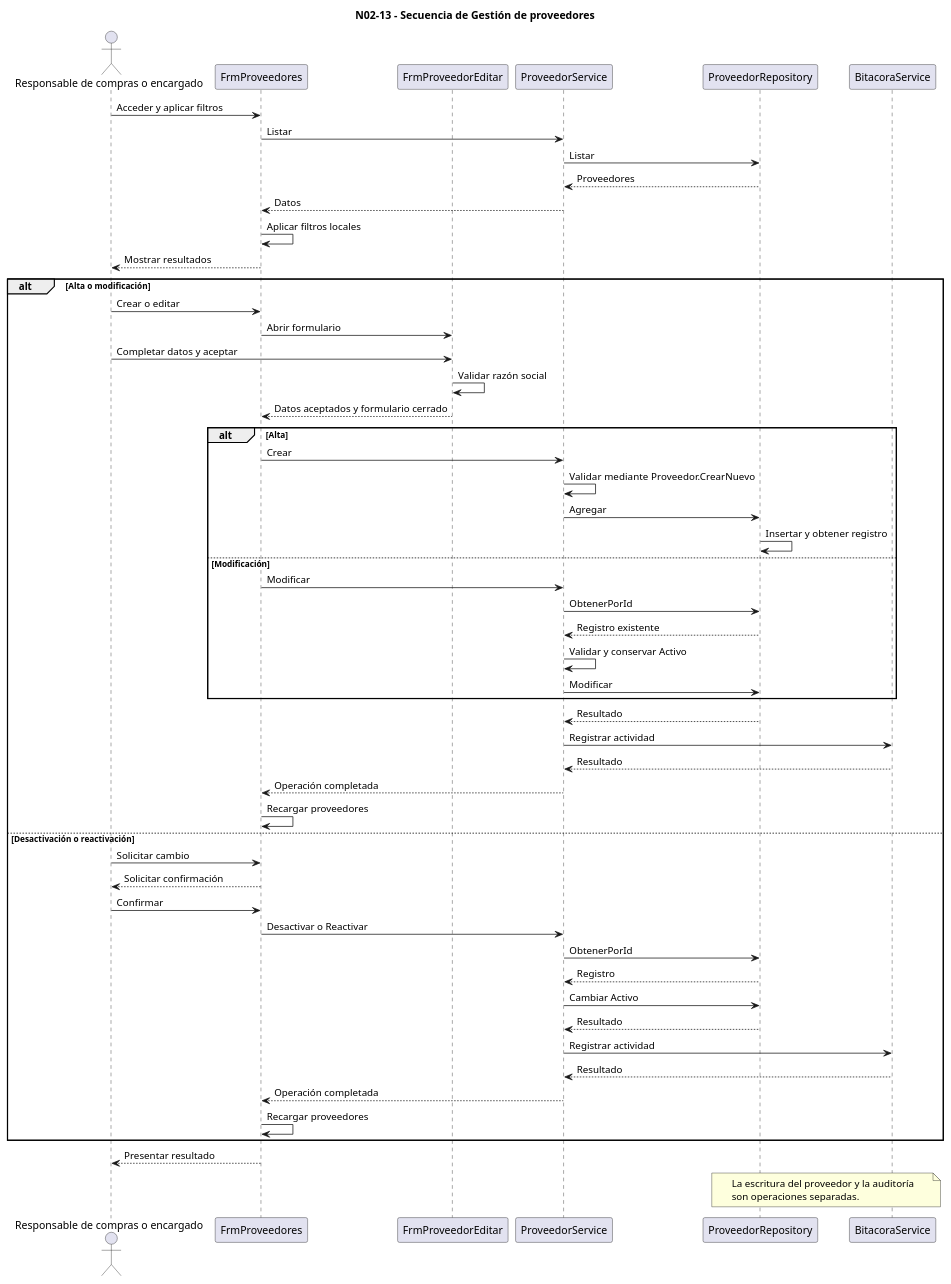
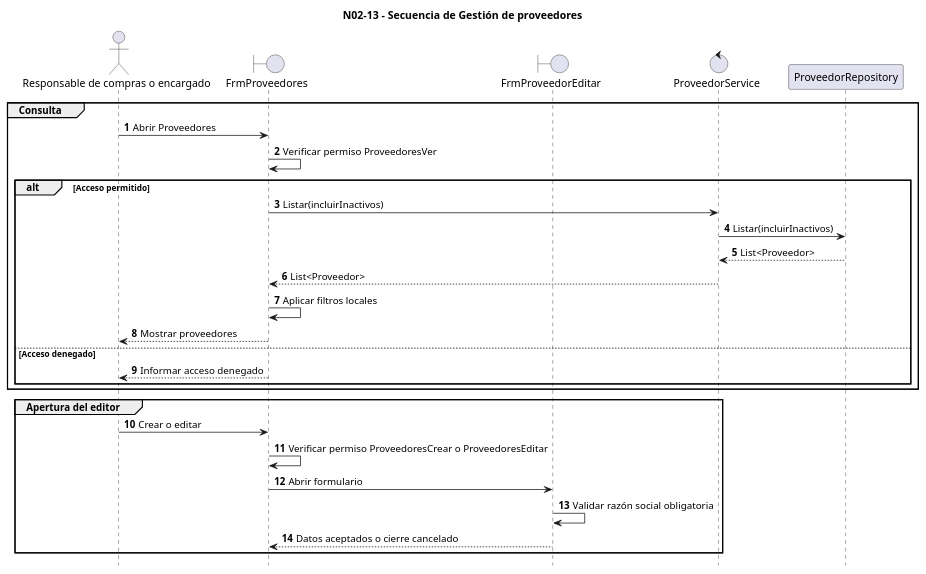
The diagram in diagrams/N/N13-gestionar-proveedores/N02-secuencia.puml (alejoDiDiego/trabajo-diploma-servicio-tecnico), drawn with PlantUML before and after one commit. The commit also changed 156 other files, not shown here.

Commit message:
feat: completar tercera entrega con backups, ayuda y diagramas

```diff
--- a/diagrams/N/N13-gestionar-proveedores/N02-secuencia.puml
+++ b/diagrams/N/N13-gestionar-proveedores/N02-secuencia.puml
@@ -1,67 +1,31 @@
 @startuml
 title N02-13 - Secuencia de Gestión de proveedores
-
+autonumber
+hide footbox
 actor "Responsable de compras o encargado" as Operador
-participant FrmProveedores as Lista
-participant FrmProveedorEditar as Editor
-participant ProveedorService as Servicio
-participant ProveedorRepository as Proveedores
-participant BitacoraService as Auditoria
-
-Operador -> Lista : Acceder y aplicar filtros
-Lista -> Servicio : Listar
-Servicio -> Proveedores : Listar
-Proveedores --> Servicio : Proveedores
-Servicio --> Lista : Datos
-Lista -> Lista : Aplicar filtros locales
-Lista --> Operador : Mostrar resultados
-
-alt Alta o modificación
+boundary FrmProveedores as Lista
+boundary FrmProveedorEditar as Editor
+control ProveedorService
+participant ProveedorRepository
+group Consulta
+    Operador -> Lista : Abrir Proveedores
+    Lista -> Lista : Verificar permiso ProveedoresVer
+    alt Acceso permitido
+        Lista -> ProveedorService : Listar(incluirInactivos)
+        ProveedorService -> ProveedorRepository : Listar(incluirInactivos)
+        ProveedorRepository --> ProveedorService : List<Proveedor>
+        ProveedorService --> Lista : List<Proveedor>
+        Lista -> Lista : Aplicar filtros locales
+        Lista --> Operador : Mostrar proveedores
+    else Acceso denegado
+        Lista --> Operador : Informar acceso denegado
+    end
+end
+group Apertura del editor
     Operador -> Lista : Crear o editar
+    Lista -> Lista : Verificar permiso ProveedoresCrear o ProveedoresEditar
     Lista -> Editor : Abrir formulario
-    Operador -> Editor : Completar datos y aceptar
-    Editor -> Editor : Validar razón social
-    Editor --> Lista : Datos aceptados y formulario cerrado
-
-    alt Alta
-        Lista -> Servicio : Crear
-        Servicio -> Servicio : Validar mediante Proveedor.CrearNuevo
-        Servicio -> Proveedores : Agregar
-        Proveedores -> Proveedores : Insertar y obtener registro
-    else Modificación
-        Lista -> Servicio : Modificar
-        Servicio -> Proveedores : ObtenerPorId
-        Proveedores --> Servicio : Registro existente
-        Servicio -> Servicio : Validar y conservar Activo
-        Servicio -> Proveedores : Modificar
-    end
-
-    Proveedores --> Servicio : Resultado
-    Servicio -> Auditoria : Registrar actividad
-    Auditoria --> Servicio : Resultado
-    Servicio --> Lista : Operación completada
-    Lista -> Lista : Recargar proveedores
-
-else Desactivación o reactivación
-    Operador -> Lista : Solicitar cambio
-    Lista --> Operador : Solicitar confirmación
-    Operador -> Lista : Confirmar
-    Lista -> Servicio : Desactivar o Reactivar
-    Servicio -> Proveedores : ObtenerPorId
-    Proveedores --> Servicio : Registro
-    Servicio -> Proveedores : Cambiar Activo
-    Proveedores --> Servicio : Resultado
-    Servicio -> Auditoria : Registrar actividad
-    Auditoria --> Servicio : Resultado
-    Servicio --> Lista : Operación completada
-    Lista -> Lista : Recargar proveedores
+    Editor -> Editor : Validar razón social obligatoria
+    Editor --> Lista : Datos aceptados o cierre cancelado
 end
-
-Lista --> Operador : Presentar resultado
-
-note over Proveedores, Auditoria
-La escritura del proveedor y la auditoría
-son operaciones separadas.
-end note
-
 @enduml
```
